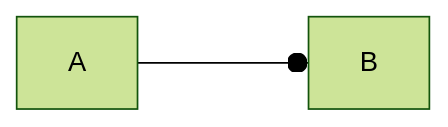
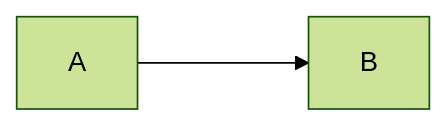
One commit to GeertBosch/mdcat changed the seventh of 8 diagrams in tests/mermaid-fallback.md. Above: the diagram before and after it, drawn with Mermaid (forest theme). The commit also changed other lines of this file and 12 other files, not shown here.

Commit message:
Draw Mermaid link styles: dotted, thick, invisible, circle, cross, both ends

````diff
--- a/tests/mermaid-fallback.md
+++ b/tests/mermaid-fallback.md
@@ -58,4 +58,4 @@
 ```mermaid
 graph LR
-    A---oB
+    A o--> B
 ```
````
